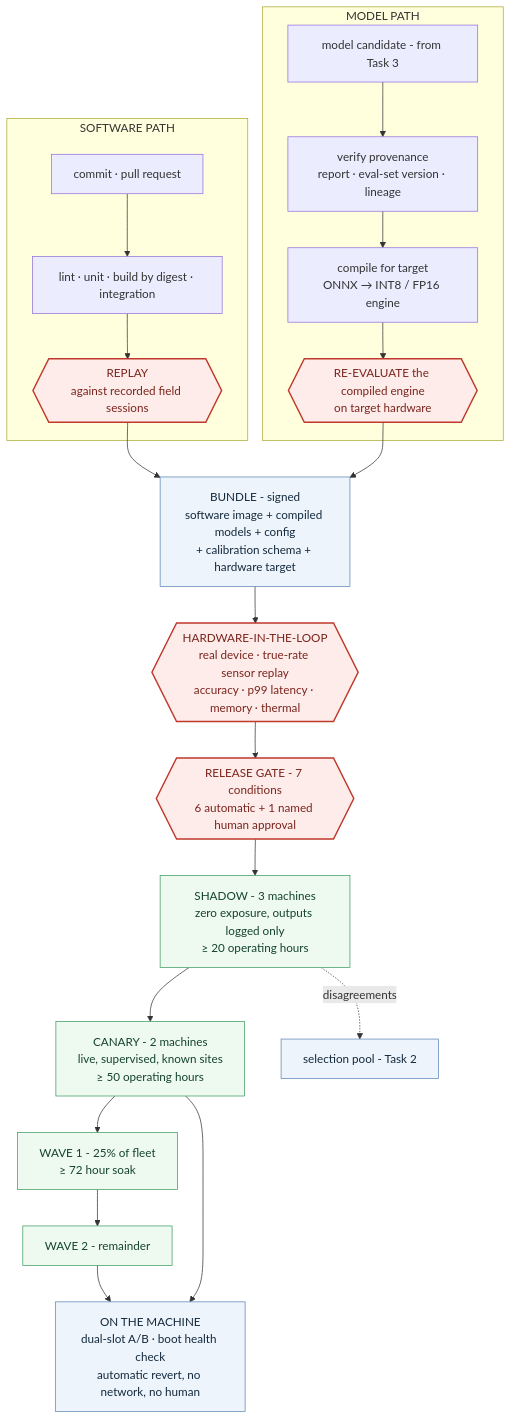
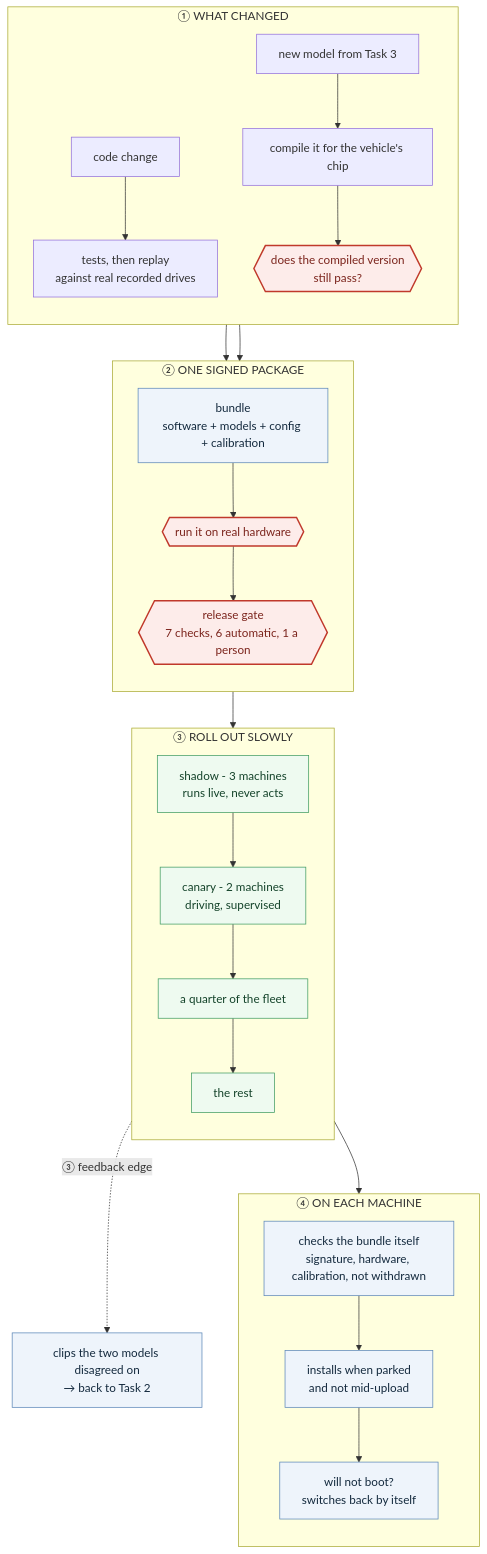
Before and after one commit to nakshatravyas/zensomy-data-flywheel: the seventh of 8 diagrams in .site/docs/technical-design.md, drawn with Mermaid. The commit also changed other lines of this file and 1 other file, not shown here.

Commit message:
Technical design: clearer CI/CD section, four phases and the vehicle-side check made visible

````diff
--- a/.site/docs/technical-design.md
+++ b/.site/docs/technical-design.md
@@ -341,43 +350,53 @@
 ```mermaid
 graph TB
-    subgraph SW["SOFTWARE PATH"]
-        CM["commit · pull request"]
-        CI["lint · unit · build by digest · integration"]
-        RP{{"REPLAY<br/>against recorded field sessions"}}
-        CM --> CI --> RP
+    subgraph A["① WHAT CHANGED"]
+        direction TB
+        CM["code change"]
+        CI["tests, then replay<br/>against real recorded drives"]
+        MC["new model from Task 3"]
+        CO["compile it for the vehicle's chip"]
+        RE{{"does the compiled version<br/>still pass?"}}
+        CM --> CI
+        MC --> CO --> RE
     end
 
-    subgraph MD["MODEL PATH"]
-        MC["model candidate - from Task 3"]
-        PV["verify provenance<br/>report · eval-set version · lineage"]
-        CO["compile for target<br/>ONNX → INT8 / FP16 engine"]
-        RE{{"RE-EVALUATE the compiled engine<br/>on target hardware"}}
-        MC --> PV --> CO --> RE
+    subgraph B["② ONE SIGNED PACKAGE"]
+        direction TB
+        BUN["bundle<br/>software + models + config + calibration"]
+        HIL{{"run it on real hardware"}}
+        GATE{{"release gate<br/>7 checks, 6 automatic, 1 a person"}}
+        BUN --> HIL --> GATE
     end
 
-    BUN["BUNDLE - signed<br/>software image + compiled models + config<br/>+ calibration schema + hardware target"]
-    HIL{{"HARDWARE-IN-THE-LOOP<br/>real device · true-rate sensor replay<br/>accuracy · p99 latency · memory · thermal"}}
-    GATE{{"RELEASE GATE - 7 conditions<br/>6 automatic + 1 named human approval"}}
+    subgraph C["③ ROLL OUT SLOWLY"]
+        direction TB
+        SH["shadow - 3 machines<br/>runs live, never acts"]
+        CN["canary - 2 machines<br/>driving, supervised"]
+        W1["a quarter of the fleet"]
+        W2["the rest"]
+        SH --> CN --> W1 --> W2
+    end
 
-    SH["SHADOW - 3 machines<br/>zero exposure, outputs logged only<br/>≥ 20 operating hours"]
-    CN["CANARY - 2 machines<br/>live, supervised, known sites<br/>≥ 50 operating hours"]
-    W1["WAVE 1 - 25% of fleet<br/>≥ 72 hour soak"]
-    W2["WAVE 2 - remainder"]
-    SELP["selection pool - Task 2"]
+    subgraph D["④ ON EACH MACHINE"]
+        direction TB
+        VEH["checks the bundle itself<br/>signature, hardware, calibration, not withdrawn"]
+        INS["installs when parked<br/>and not mid-upload"]
+        AB["will not boot?<br/>switches back by itself"]
+        VEH --> INS --> AB
+    end
 
-    AB["ON THE MACHINE<br/>dual-slot A/B · boot health check<br/>automatic revert, no network, no human"]
+    SELP["clips the two models disagreed on<br/>→ back to Task 2"]
 
-    RP --> BUN
+    CI --> BUN
     RE --> BUN
-    BUN --> HIL --> GATE --> SH --> CN --> W1 --> W2
-    SH -.->|"disagreements"| SELP
-    W2 --> AB
-    CN --> AB
+    GATE --> SH
+    W2 --> VEH
+    SH -.->|"③ feedback edge"| SELP
 
     classDef gate fill:#fdecea,stroke:#c0392b,stroke-width:2px,color:#7b241c
     classDef stage fill:#eefaf0,stroke:#3f9c62,color:#14432a
     classDef box fill:#eef4fb,stroke:#5b86b8,color:#13293d
-    class RP,RE,HIL,GATE gate
+    class RE,HIL,GATE gate
     class SH,CN,W1,W2 stage
-    class BUN,AB,SELP box
+    class BUN,VEH,INS,AB,SELP box
 ```
````
